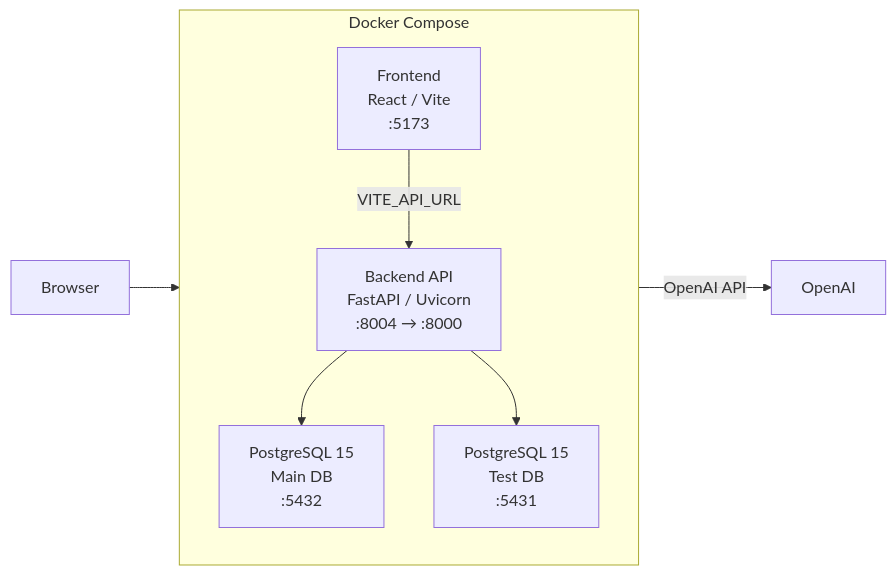
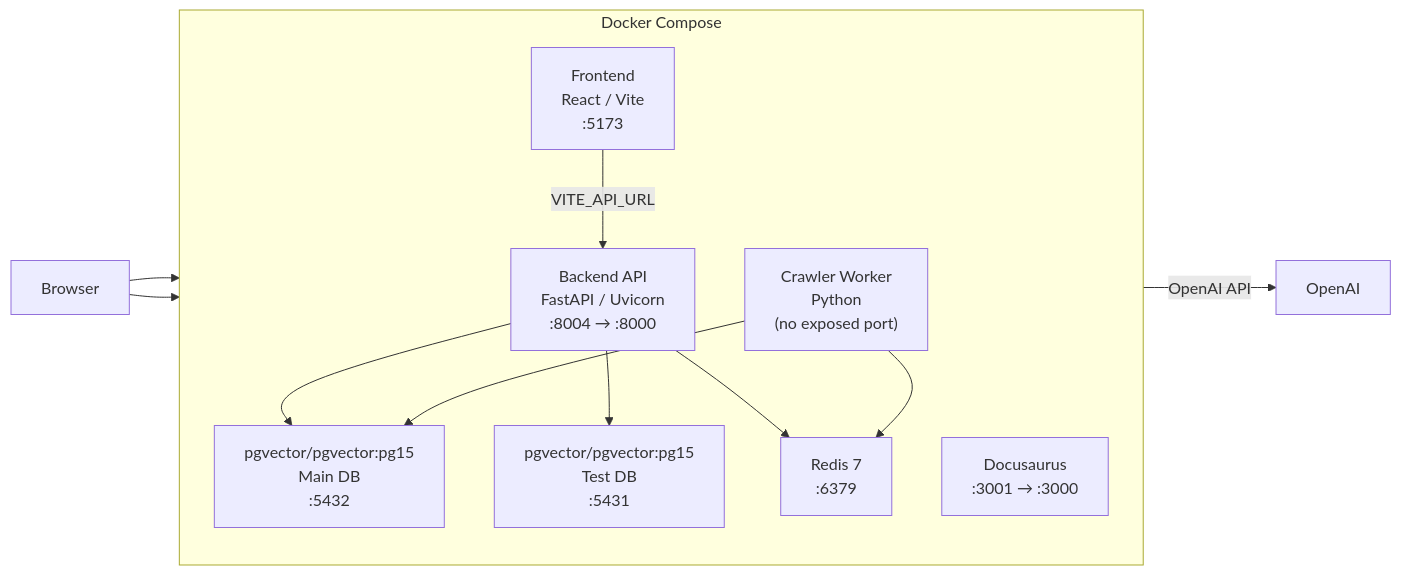
One commit to danphenderson/baldin changed the diagram in docs/docs/architecture/system-overview.md. Above: the diagram before and after it, drawn with Mermaid. The commit also changed other lines of this file and 70 other files, not shown here.

````diff
--- a/docs/docs/architecture/system-overview.md
+++ b/docs/docs/architecture/system-overview.md
@@ -16,21 +16,28 @@
 ```mermaid
 graph LR
     accTitle: Baldin Service Topology
-    accDescr: Shows the Docker Compose stack — Frontend (React/Vite on port 5173), Backend API (FastAPI/Uvicorn on port 8000), Main PostgreSQL DB (5432), Test DB (5431), and an external OpenAI LLM — and the connection direction between them.
+    accDescr: Shows the Docker Compose stack — Frontend (React/Vite on port 5173), Backend API (FastAPI/Uvicorn on port 8000), Crawler Worker, Main PostgreSQL DB with pgvector (5432), Test DB (5431), Redis (6379), Docs (3001), and an external OpenAI LLM — and the connection direction between them.
     Browser["Browser"]
     LLM["OpenAI"]
 
     subgraph dc["Docker Compose"]
         direction TB
         FE["Frontend<br/>React / Vite<br/>:5173"]
         API["Backend API<br/>FastAPI / Uvicorn<br/>:8004 → :8000"]
-        DB["PostgreSQL 15<br/>Main DB<br/>:5432"]
-        TDB["PostgreSQL 15<br/>Test DB<br/>:5431"]
+        CW["Crawler Worker<br/>Python<br/>(no exposed port)"]
+        DB["pgvector/pgvector:pg15<br/>Main DB<br/>:5432"]
+        TDB["pgvector/pgvector:pg15<br/>Test DB<br/>:5431"]
+        RD["Redis 7<br/>:6379"]
+        DOCS["Docusaurus<br/>:3001 → :3000"]
     end
 
     Browser --> FE
+    Browser --> DOCS
     FE -->|VITE_API_URL| API
     API --> DB
     API --> TDB
+    API --> RD
+    CW --> DB
+    CW --> RD
     API -->|OpenAI API| LLM
 ```
````
